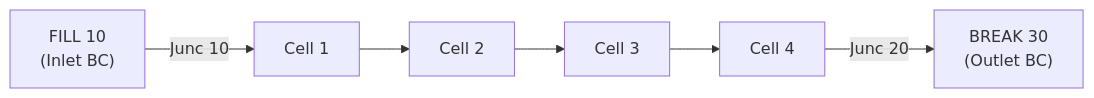
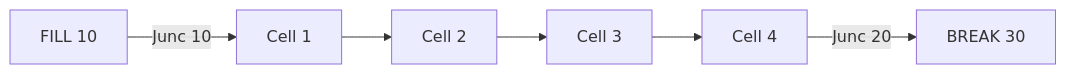
Before and after one commit to NRC-Research/trace-pipe-force-tool: the first of 4 diagrams in test-validation/validation_results_report.md, drawn with Mermaid. The commit also changed other lines of this file, not shown here.

Commit message:
Clean validation report to use simplified Mermaid diagrams only

````diff
--- a/test-validation/validation_results_report.md
+++ b/test-validation/validation_results_report.md
@@ -24,4 +24,8 @@
   ```mermaid
   graph LR
-      F["FILL 10<br>(Inlet BC)"] -->|Junc 10| C1[Cell 1] --> C2[Cell 2] --> C3[Cell 3] --> C4[Cell 4] -->|Junc 20| B["BREAK 30<br>(Outlet BC)"]
+      F[FILL 10] -->|Junc 10| C1[Cell 1]
+      C1 --> C2[Cell 2]
+      C2 --> C3[Cell 3]
+      C3 --> C4[Cell 4]
+      C4 -->|Junc 20| B[BREAK 30]
   ```
````
